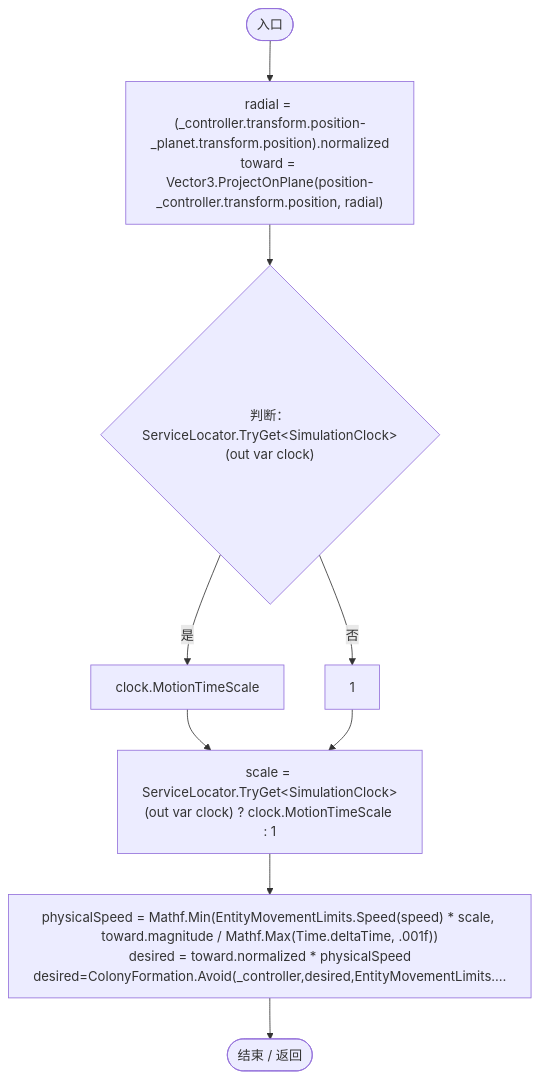
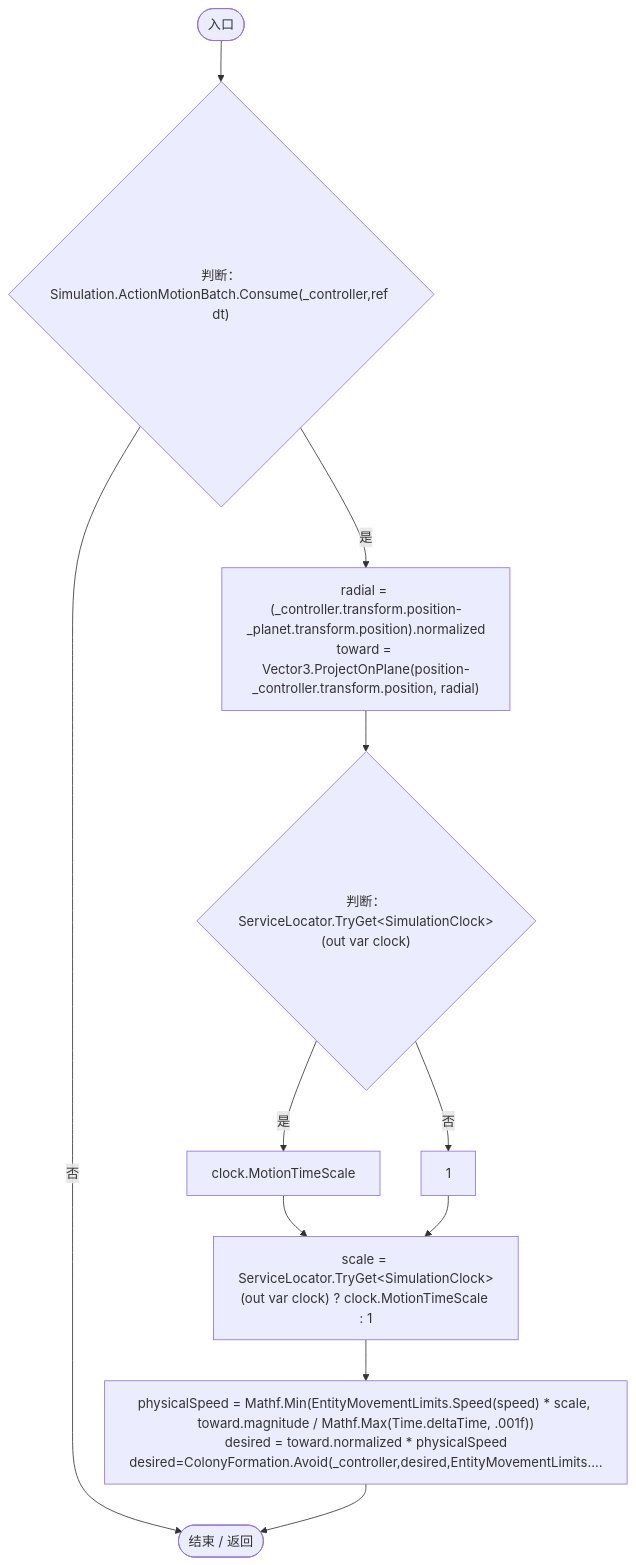
The fifth of 6 diagrams in Docs/运行流程图/脚本/50c563bf540685c7.md (xhs6666/Darwin_paradise), drawn with Mermaid before and after one commit. The commit also changed other lines of this file and 233 other files, not shown here.

Commit message:
feat: add resumable entity plans and optimize simulation workloads

````diff
--- a/Docs/运行流程图/脚本/50c563bf540685c7.md
+++ b/Docs/运行流程图/脚本/50c563bf540685c7.md
@@ -345,20 +404,23 @@
 ```mermaid
 flowchart TD
   b0(["入口"])
-  b1["radial = (_controller.transform.position-_planet.transform.position).normalized<br/>toward = Vector3.ProjectOnPlane(position-_controller.transform.position, radial)"]
-  b2{"判断：ServiceLocator.TryGet&lt;SimulationClock&gt;(out var clock)"}
-  b3["clock.MotionTimeScale"]
-  b4["1"]
-  b5["scale = ServiceLocator.TryGet&lt;SimulationClock&gt;(out var clock) ? clock.MotionTimeScale : 1"]
-  b6["physicalSpeed = Mathf.Min(EntityMovementLimits.Speed(speed) * scale, toward.magnitude / Mathf.Max(Time.deltaTime, .001f))<br/>desired = toward.normalized * physicalSpeed<br/>desired=ColonyFormation.Avoid(_controller,desired,EntityMovementLimits.…"]
-  b7(["结束 / 返回"])
+  b1{"判断：Simulation.ActionMotionBatch.Consume(_controller,ref dt)"}
+  b2["radial = (_controller.transform.position-_planet.transform.position).normalized<br/>toward = Vector3.ProjectOnPlane(position-_controller.transform.position, radial)"]
+  b3{"判断：ServiceLocator.TryGet&lt;SimulationClock&gt;(out var clock)"}
+  b4["clock.MotionTimeScale"]
+  b5["1"]
+  b6["scale = ServiceLocator.TryGet&lt;SimulationClock&gt;(out var clock) ? clock.MotionTimeScale : 1"]
+  b7["physicalSpeed = Mathf.Min(EntityMovementLimits.Speed(speed) * scale, toward.magnitude / Mathf.Max(Time.deltaTime, .001f))<br/>desired = toward.normalized * physicalSpeed<br/>desired=ColonyFormation.Avoid(_controller,desired,EntityMovementLimits.…"]
+  b8(["结束 / 返回"])
   b0 --> b1
-  b1 --> b2
-  b2 -->|"是"| b3
-  b2 -->|"否"| b4
-  b3 --> b5
-  b4 --> b5
+  b1 -->|"否"| b8
+  b1 -->|"是"| b2
+  b2 --> b3
+  b3 -->|"是"| b4
+  b3 -->|"否"| b5
+  b4 --> b6
   b5 --> b6
   b6 --> b7
+  b7 --> b8
 
 ```
````
